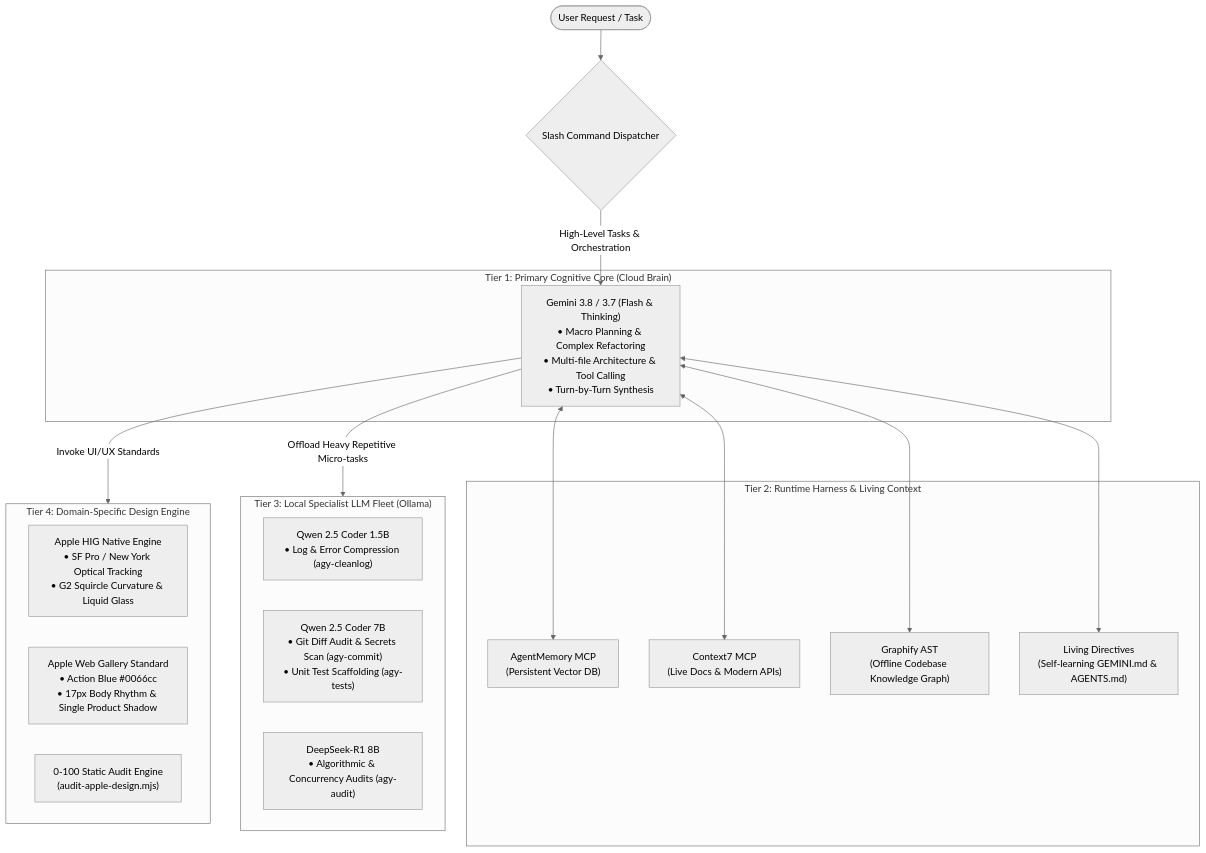
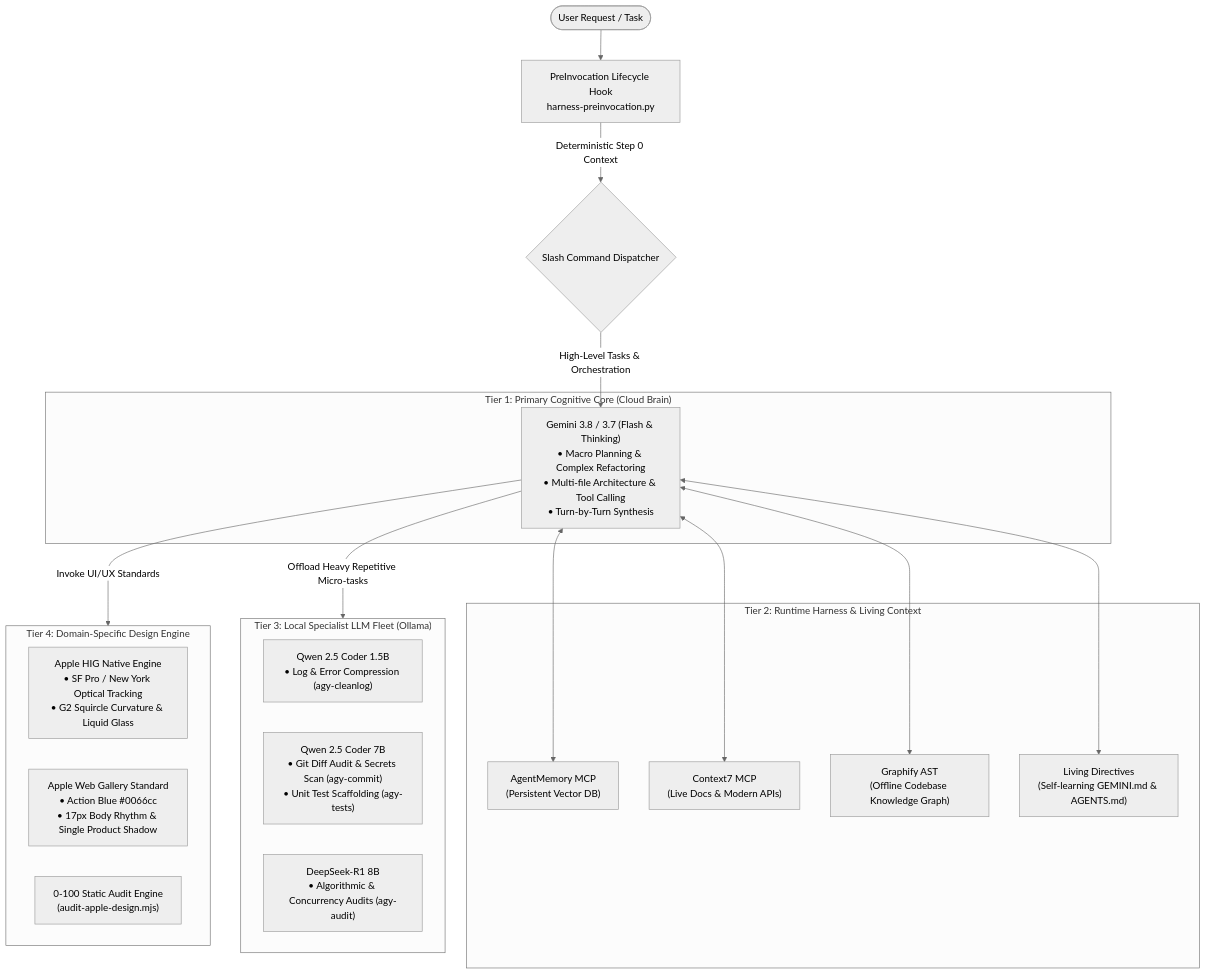
One commit to ljskr1/antigravity-custom-harness-setup changed the diagram in README.md. Above: the diagram before and after it, drawn with Mermaid (neutral theme). The commit also changed other lines of this file and 3 other files, not shown here.

Commit message:
feat: add deterministic PreInvocation hook, local Ollama fleet detection, and Step 0 gate

````diff
--- a/README.md
+++ b/README.md
@@ -20,36 +20,37 @@
 ```mermaid
 flowchart TD
-    User([User Request / Task]) --> Dispatcher{Slash Command Dispatcher}
+    User([User Request / Task]) --> Hook[PreInvocation Lifecycle Hook<br/>harness-preinvocation.py]
+    Hook -->|Deterministic Step 0 Context| Dispatcher{Slash Command Dispatcher}
 
     subgraph Tier1 ["Tier 1: Primary Cognitive Core (Cloud Brain)"]
         Gemini["Gemini 3.8 / 3.7 (Flash & Thinking)<br/>• Macro Planning & Complex Refactoring<br/>• Multi-file Architecture & Tool Calling<br/>• Turn-by-Turn Synthesis"]
     end
 
     subgraph Tier2 ["Tier 2: Runtime Harness & Living Context"]
         Memory["AgentMemory MCP<br/>(Persistent Vector DB)"]
         Context7["Context7 MCP<br/>(Live Docs & Modern APIs)"]
         Graphify["Graphify AST<br/>(Offline Codebase Knowledge Graph)"]
         Directives["Living Directives<br/>(Self-learning GEMINI.md & AGENTS.md)"]
     end
 
     subgraph Tier3 ["Tier 3: Local Specialist LLM Fleet (Ollama)"]
         Qwen15["Qwen 2.5 Coder 1.5B<br/>• Log & Error Compression (agy-cleanlog)"]
         Qwen7B["Qwen 2.5 Coder 7B<br/>• Git Diff Audit & Secrets Scan (agy-commit)<br/>• Unit Test Scaffolding (agy-tests)"]
         DeepSeek["DeepSeek-R1 8B<br/>• Algorithmic & Concurrency Audits (agy-audit)"]
     end
 
     subgraph Skills ["Tier 4: Domain-Specific Design Engine"]
         AppleHIG["Apple HIG Native Engine<br/>• SF Pro / New York Optical Tracking<br/>• G2 Squircle Curvature & Liquid Glass"]
         AppleWeb["Apple Web Gallery Standard<br/>• Action Blue #0066cc<br/>• 17px Body Rhythm & Single Product Shadow"]
         AuditCLI["0-100 Static Audit Engine<br/>(audit-apple-design.mjs)"]
     end
 
     Dispatcher -->|High-Level Tasks & Orchestration| Gemini
     Gemini <--> Memory
     Gemini <--> Context7
     Gemini <--> Graphify
     Gemini <--> Directives
 
     Gemini -->|Offload Heavy Repetitive Micro-tasks| Tier3
     Gemini -->|Invoke UI/UX Standards| Skills
 ```
````
